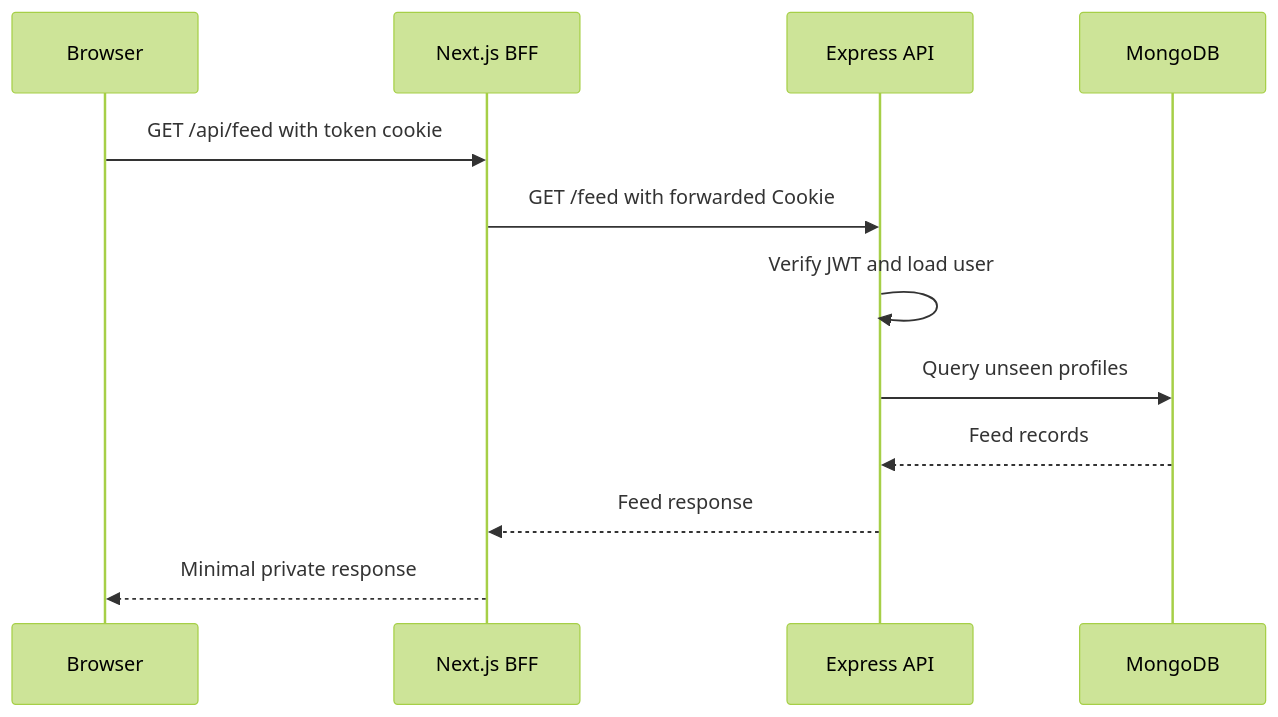
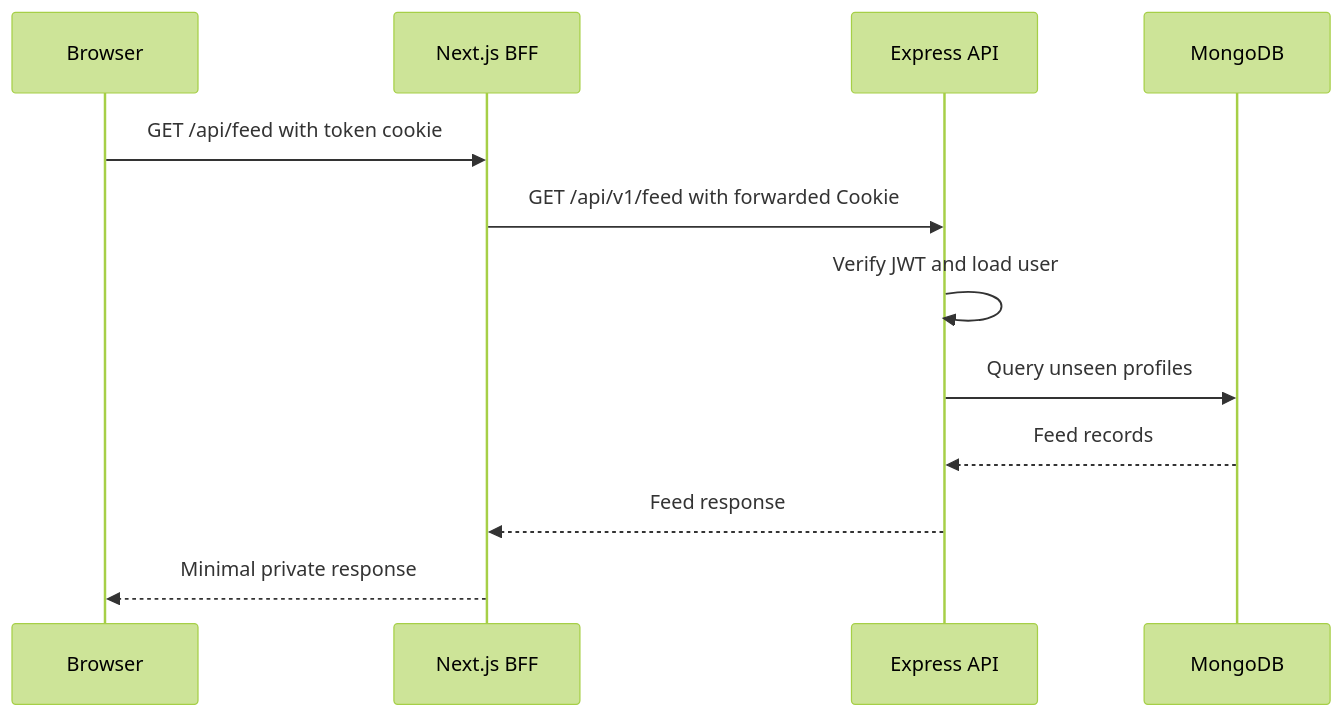
One commit to DEVASHRAY/tinder-lite-frontend changed the fourth of 4 diagrams in documentation/bff-architecture.md. Above: the diagram before and after it, drawn with Mermaid (forest theme). The commit also changed other lines of this file and 2 other files, not shown here.

Commit message:
Update BFF documentation for versioned backend routes.

````diff
--- a/documentation/bff-architecture.md
+++ b/documentation/bff-architecture.md
@@ -138,15 +138,15 @@
 ```mermaid
 sequenceDiagram
     participant Browser
     participant BFF as Next.js BFF
     participant API as Express API
     participant DB as MongoDB
 
     Browser->>BFF: GET /api/feed with token cookie
-    BFF->>API: GET /feed with forwarded Cookie
+    BFF->>API: GET /api/v1/feed with forwarded Cookie
     API->>API: Verify JWT and load user
     API->>DB: Query unseen profiles
     DB-->>API: Feed records
     API-->>BFF: Feed response
     BFF-->>Browser: Minimal private response
 ```
````
